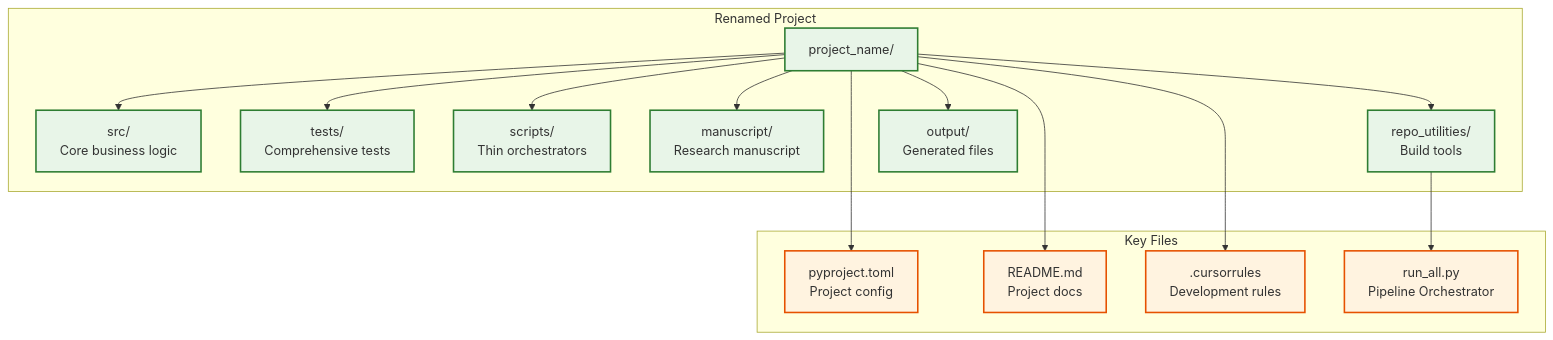
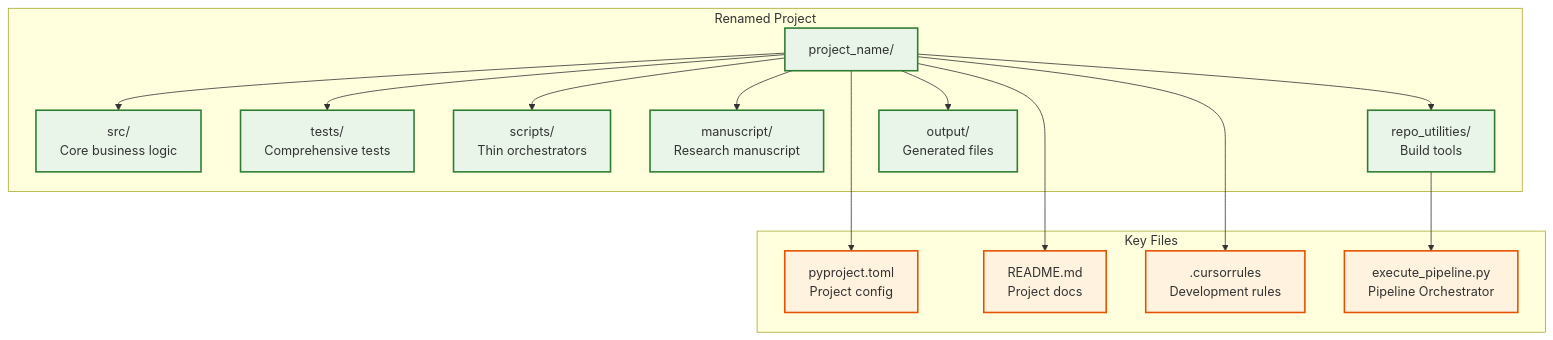
The first of 2 diagrams in docs/usage/EXAMPLES.md (docxology/template), drawn with Mermaid before and after one commit. The commit also changed other lines of this file and 766 other files, not shown here.

````diff
--- a/docs/usage/EXAMPLES.md
+++ b/docs/usage/EXAMPLES.md
@@ -79,37 +79,37 @@
 ```mermaid
 graph TB
     subgraph "Renamed Project"
         ROOT[project_name/]
         SRC[src/<br/>Core business logic]
         TESTS[tests/<br/>Comprehensive tests]
         SCRIPTS[scripts/<br/>Thin orchestrators]
         MANUSCRIPT[manuscript/<br/>Research manuscript]
         REPO_UTILS[repo_utilities/<br/>Build tools]
         OUTPUT[output/<br/>Generated files]
     end
     
     subgraph "Key Files"
         PYPROJECT[pyproject.toml<br/>Project config]
         README[README.md<br/>Project docs]
         CURSORRULES[.cursorrules<br/>Development rules]
-        RENDER[run_all.py<br/>Pipeline Orchestrator]
+        RENDER[execute_pipeline.py<br/>Pipeline Orchestrator]
     end
     
     ROOT --> SRC
     ROOT --> TESTS
     ROOT --> SCRIPTS
     ROOT --> MANUSCRIPT
     ROOT --> REPO_UTILS
     ROOT --> OUTPUT
     
     ROOT --> PYPROJECT
     ROOT --> README
     ROOT --> CURSORRULES
     REPO_UTILS --> RENDER
     
     classDef dir fill:#e8f5e8,stroke:#2e7d32,stroke-width:2px
     classDef file fill:#fff3e0,stroke:#e65100,stroke-width:2px
     
     class ROOT,SRC,TESTS,SCRIPTS,MANUSCRIPT,REPO_UTILS,OUTPUT dir
     class PYPROJECT,README,CURSORRULES,RENDER file
 ```
````
